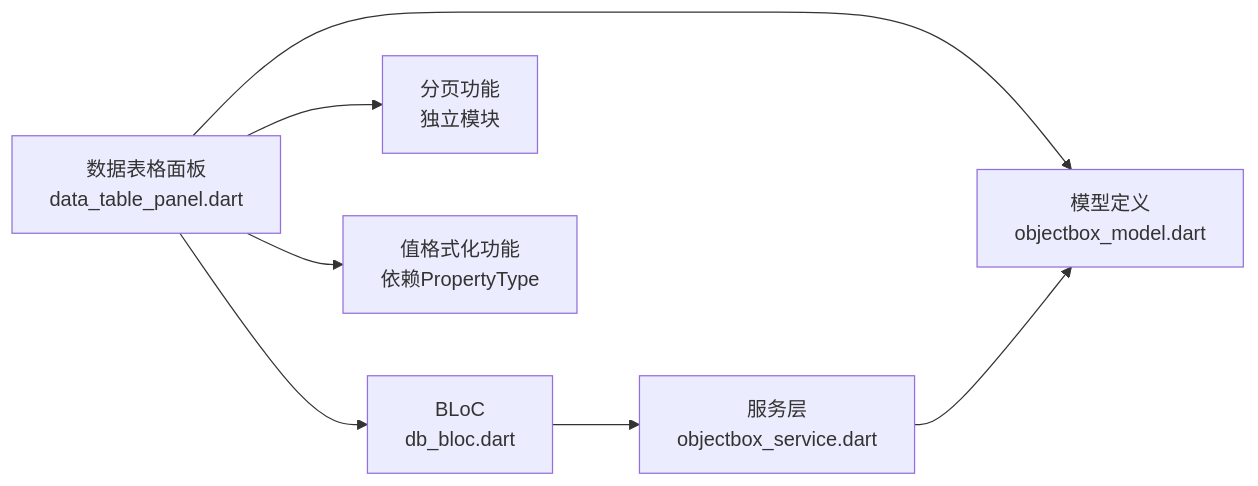
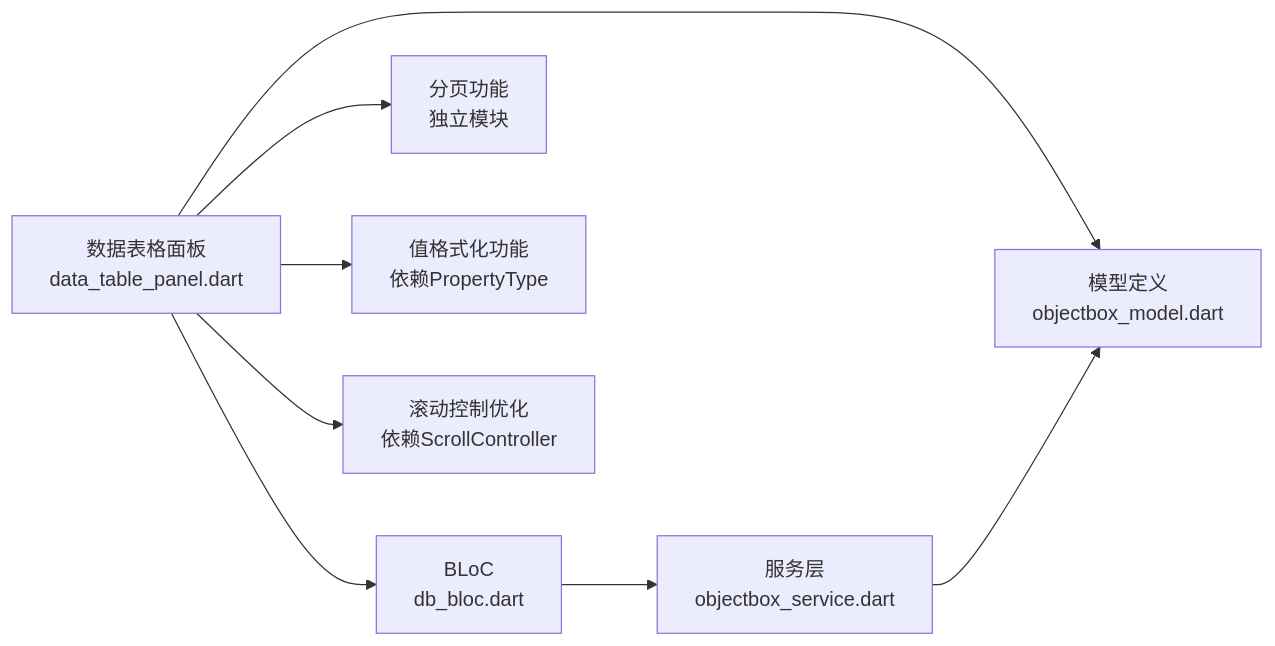
One commit to kongpf8848/objectbox_viewer changed the seventh of 8 diagrams in .qoder/repowiki/zh/content/UI 组件/数据表格面板.md. Above: the diagram before and after it, drawn with Mermaid. The commit also changed other lines of this file and 22 other files, not shown here.

````diff
--- a/.qoder/repowiki/zh/content/UI 组件/数据表格面板.md
+++ b/.qoder/repowiki/zh/content/UI 组件/数据表格面板.md
@@ -372,9 +400,10 @@
 ```mermaid
 graph LR
 UI["数据表格面板<br/>data_table_panel.dart"] --> Model["模型定义<br/>objectbox_model.dart"]
 UI --> Bloc["BLoC<br/>db_bloc.dart"]
 Bloc --> Service["服务层<br/>objectbox_service.dart"]
 Service --> Model
 UI --> Pagination["分页功能<br/>独立模块"]
 UI --> ValueFormatting["值格式化功能<br/>依赖PropertyType"]
+UI --> ScrollControl["滚动控制优化<br/>依赖ScrollController"]
 ```
````
